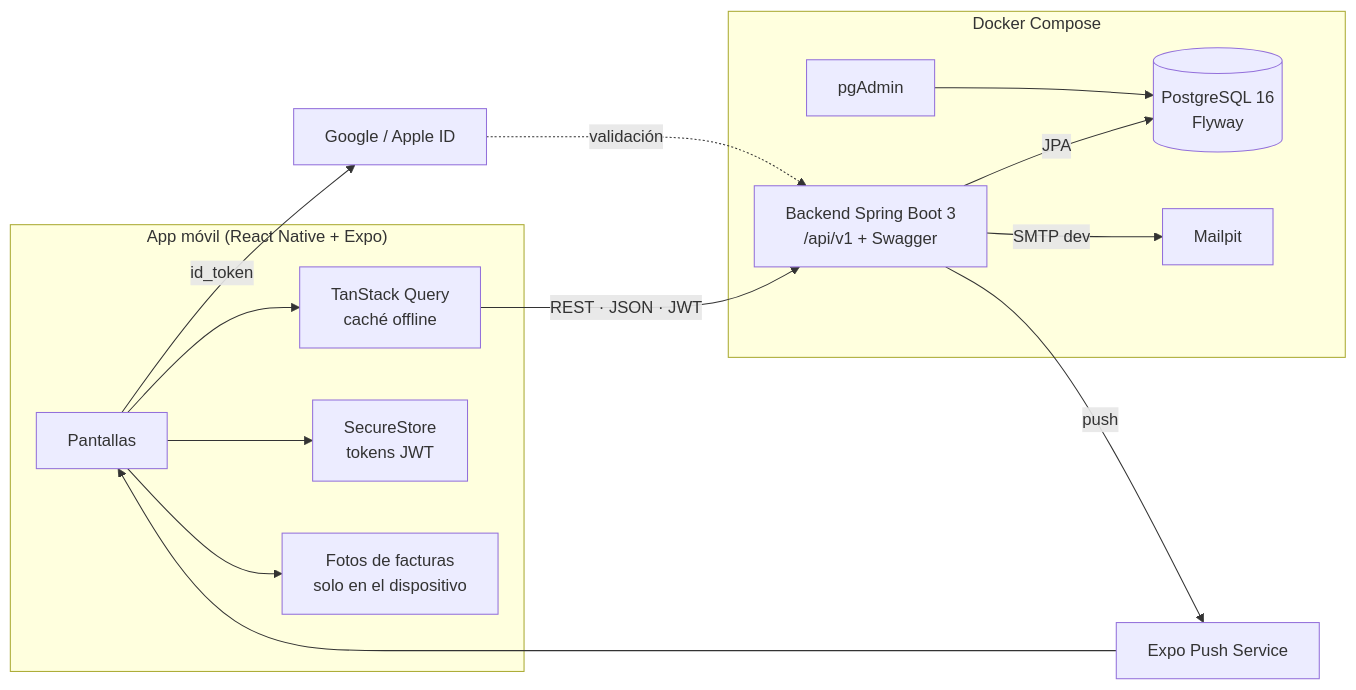
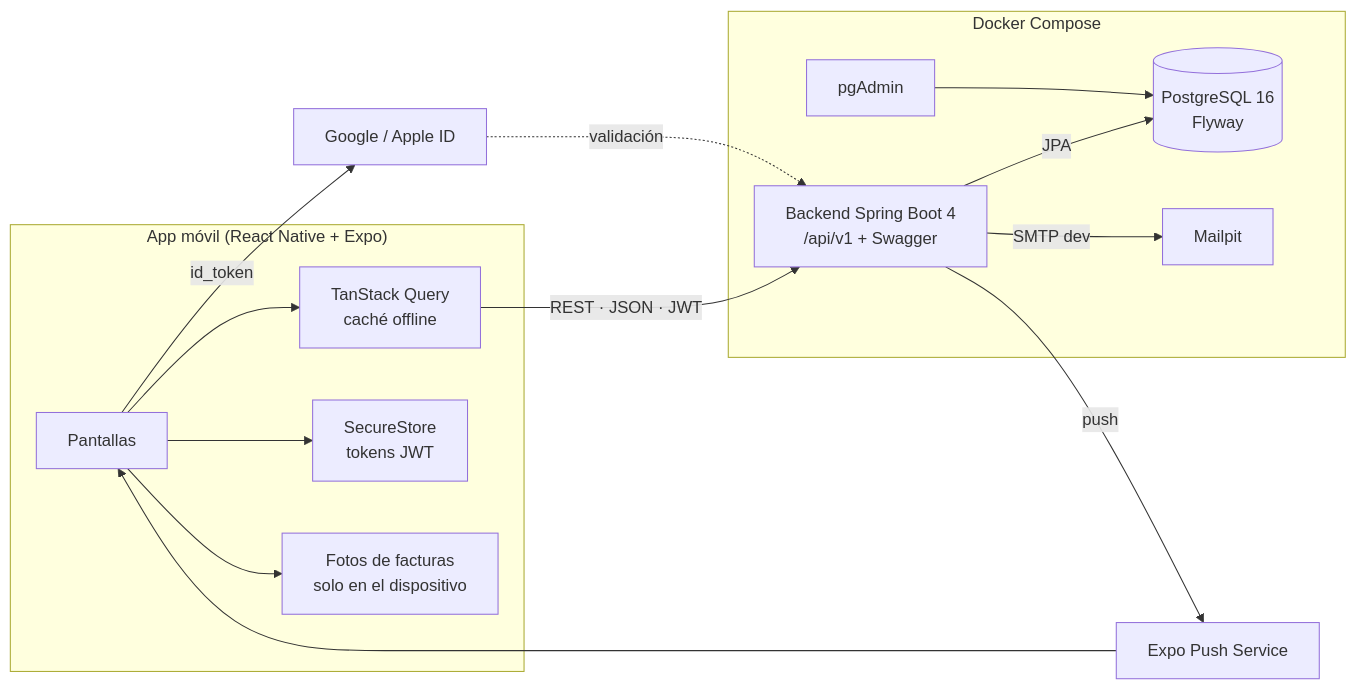
The diagram in README.md (Xapariciox/AutoCheck), drawn with Mermaid before and after one commit. The commit also changed other lines of this file and 29 other files, not shown here.

First line of the commit message:
feat(backend): esqueleto Spring Boot 4 con seguridad temporal, Swagger y Testcontainers [T-02]

````diff
--- a/README.md
+++ b/README.md
@@ -127,24 +127,24 @@
 ```mermaid
 flowchart LR
     subgraph Movil["App móvil (React Native + Expo)"]
         UI[Pantallas] --> Q[TanStack Query<br/>caché offline]
         UI --> SS[SecureStore<br/>tokens JWT]
         UI --> LOC[Fotos de facturas<br/>solo en el dispositivo]
     end
 
     subgraph Compose["Docker Compose"]
-        API["Backend Spring Boot 3<br/>/api/v1 + Swagger"]
+        API["Backend Spring Boot 4<br/>/api/v1 + Swagger"]
         DB[(PostgreSQL 16<br/>Flyway)]
         PGA[pgAdmin]
         MAIL[Mailpit]
         API -->|JPA| DB
         PGA --> DB
         API -->|SMTP dev| MAIL
     end
 
     Q -->|REST · JSON · JWT| API
     UI -->|id_token| OAUTH[Google / Apple ID]
     OAUTH -.->|validación| API
     API -->|push| PUSH[Expo Push Service]
     PUSH --> UI
 ```
````
